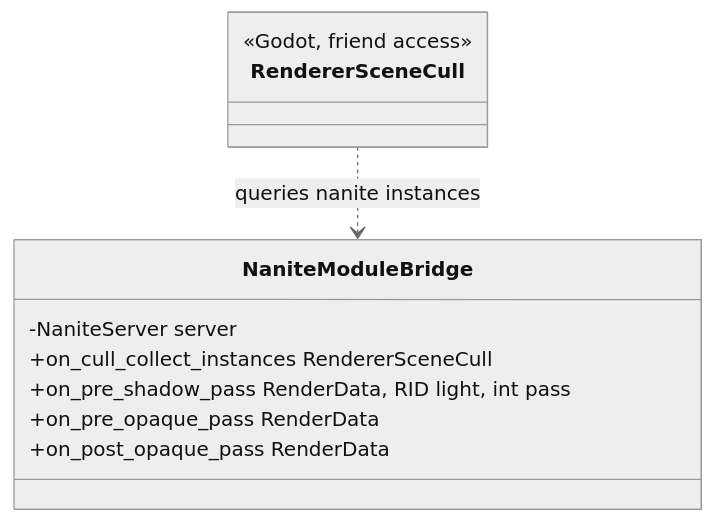
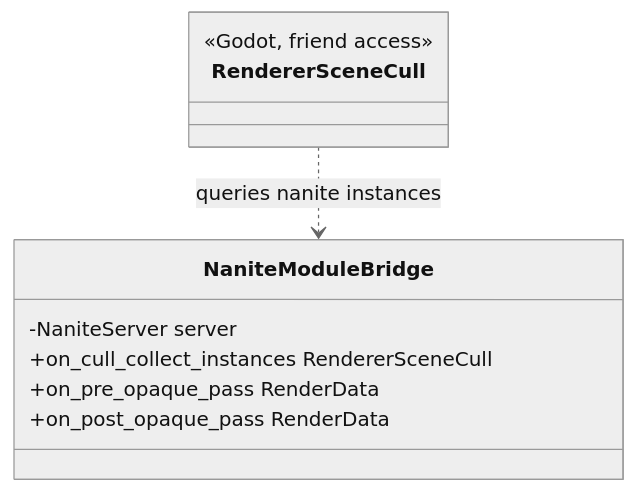
Diagram 27 of 31 in sourcecode_analysis/nanite-godot-design.md (alonecat06/godot), drawn with Mermaid (neutral theme) before and after one commit. The commit also changed other lines of this file, not shown here.

````diff
--- a/sourcecode_analysis/nanite-godot-design.md
+++ b/sourcecode_analysis/nanite-godot-design.md
@@ -2713,14 +2791,13 @@
 ```mermaid
 classDiagram
     class RendererSceneCull {
         <<Godot, friend access>>
     }
     class NaniteModuleBridge {
         -NaniteServer server
         +on_cull_collect_instances RendererSceneCull
-        +on_pre_shadow_pass RenderData, RID light, int pass
         +on_pre_opaque_pass RenderData
         +on_post_opaque_pass RenderData
     }
     RendererSceneCull ..> NaniteModuleBridge : queries nanite instances
 ```
````
